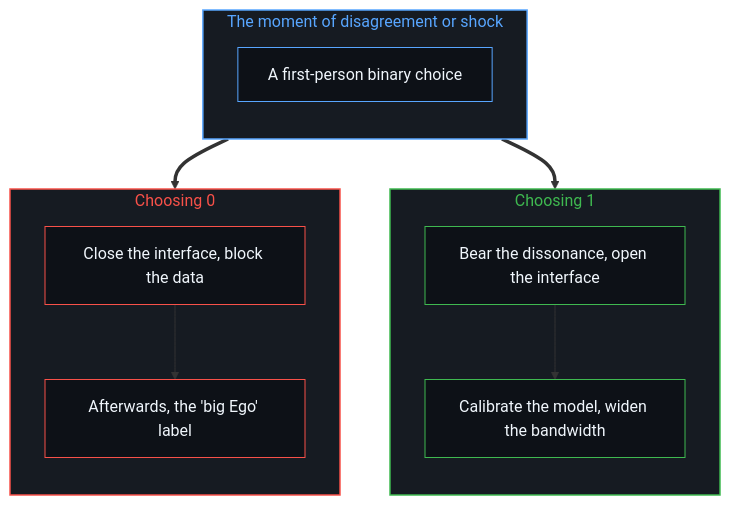
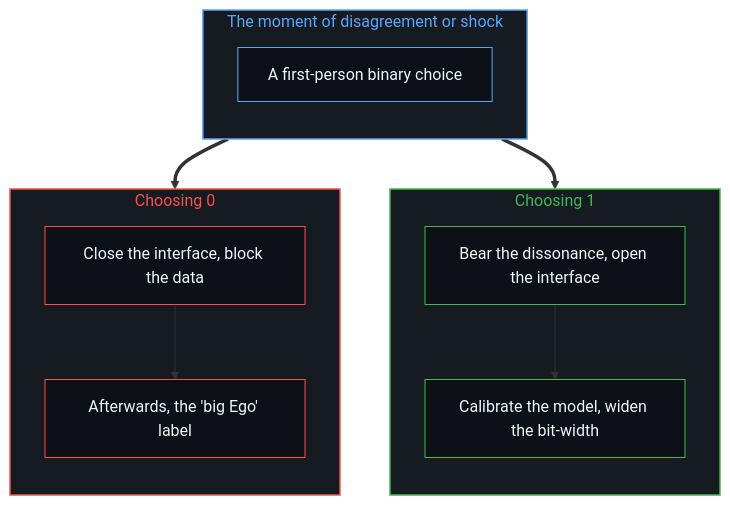
The second of 2 diagrams in content/posts/zi-zun-de-gang-xing-wai-ke-yu-yin-xing-wai-bu-gui-yin.md (powerpig99/not-a-toe), drawn with Mermaid before and after one commit. The commit also changed other lines of this file and 6 other files, not shown here.

````diff
--- a/content/posts/zi-zun-de-gang-xing-wai-ke-yu-yin-xing-wai-bu-gui-yin.md
+++ b/content/posts/zi-zun-de-gang-xing-wai-ke-yu-yin-xing-wai-bu-gui-yin.md
@@ -57,29 +57,29 @@
 ```mermaid
 flowchart TD
     subgraph S_Moment["The moment of disagreement or shock"]
         direction TB
         M1["A first-person binary choice"]
     end
     subgraph S_One["Choosing 1"]
         direction TB
         O1["Bear the dissonance, open the interface"]
-        O2["Calibrate the model, widen the bandwidth"]
+        O2["Calibrate the model, widen the bit-width"]
     end
     subgraph S_Zero["Choosing 0"]
         direction TB
         Z1["Close the interface, block the data"]
         Z2["Afterwards, the 'big Ego' label"]
     end
     M1 ==> O1
     O1 --> O2
     M1 ==> Z1
     Z1 --> Z2
     style S_Moment fill:#161b22,stroke:#58a6ff,stroke-width:1.5px,color:#58a6ff
     style S_One fill:#161b22,stroke:#3fb950,stroke-width:1.5px,color:#3fb950
     style S_Zero fill:#161b22,stroke:#f85149,stroke-width:1.5px,color:#f85149
     style M1 fill:#0d1117,stroke:#58a6ff,stroke-width:1px,color:#f0f6fc
     style O1 fill:#0d1117,stroke:#3fb950,stroke-width:1px,color:#f0f6fc
     style O2 fill:#0d1117,stroke:#3fb950,stroke-width:1px,color:#f0f6fc
     style Z1 fill:#0d1117,stroke:#f85149,stroke-width:1px,color:#f0f6fc
     style Z2 fill:#0d1117,stroke:#f85149,stroke-width:1px,color:#f0f6fc
 ```
````
